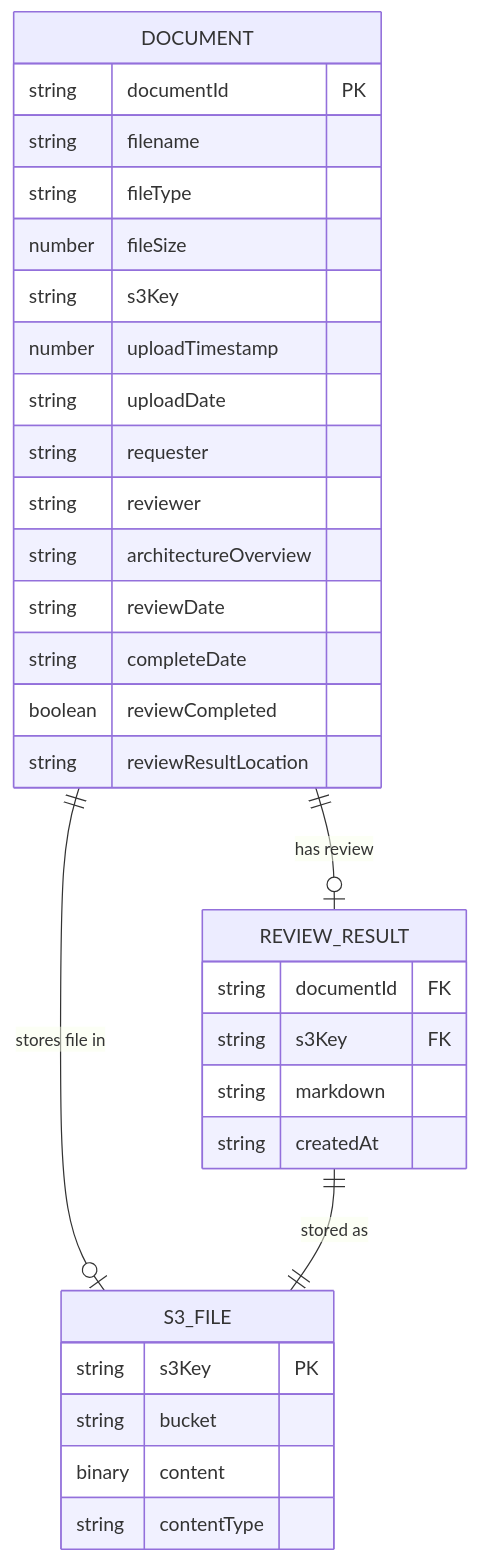
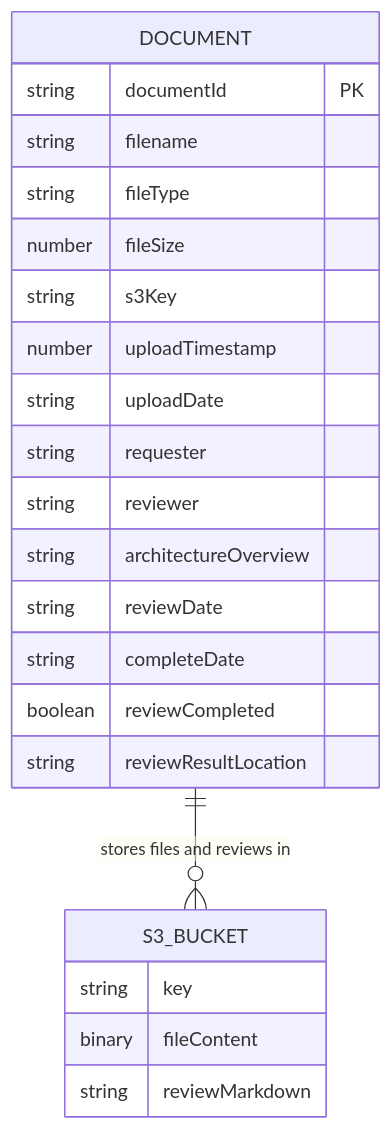
Before and after one commit to ironpe/architecture-review-using-quicksuite-chatagent-embeding: the sixth of 9 diagrams in docs/ARCHITECTURE.md, drawn with Mermaid. The commit also changed other lines of this file, not shown here.

Commit message:
docs: fix data model ERD to match actual implementation
- Update ERD to show actual architecture (1 DynamoDB table + 1 S3 bucket)
- Remove incorrect S3_FILE and REVIEW_RESULT tables
- Add explanation of actual data storage structure
- S3 stores both uploaded files and review markdown files

````diff
--- a/docs/ARCHITECTURE.md
+++ b/docs/ARCHITECTURE.md
@@ -241,37 +241,27 @@
 ```mermaid
 erDiagram
     DOCUMENT {
         string documentId PK
         string filename
         string fileType
         number fileSize
         string s3Key
         number uploadTimestamp
         string uploadDate
         string requester
         string reviewer
         string architectureOverview
         string reviewDate
         string completeDate
         boolean reviewCompleted
         string reviewResultLocation
     }
 
-    S3_FILE {
-        string s3Key PK
-        string bucket
-        binary content
-        string contentType
+    S3_BUCKET {
+        string key
+        binary fileContent
+        string reviewMarkdown
     }
 
-    REVIEW_RESULT {
-        string documentId FK
-        string s3Key FK
-        string markdown
-        string createdAt
-    }
-
-    DOCUMENT ||--o| S3_FILE : "stores file in"
-    DOCUMENT ||--o| REVIEW_RESULT : "has review"
-    REVIEW_RESULT ||--|| S3_FILE : "stored as"
+    DOCUMENT ||--o{ S3_BUCKET : "stores files and reviews in"
 ```
````
